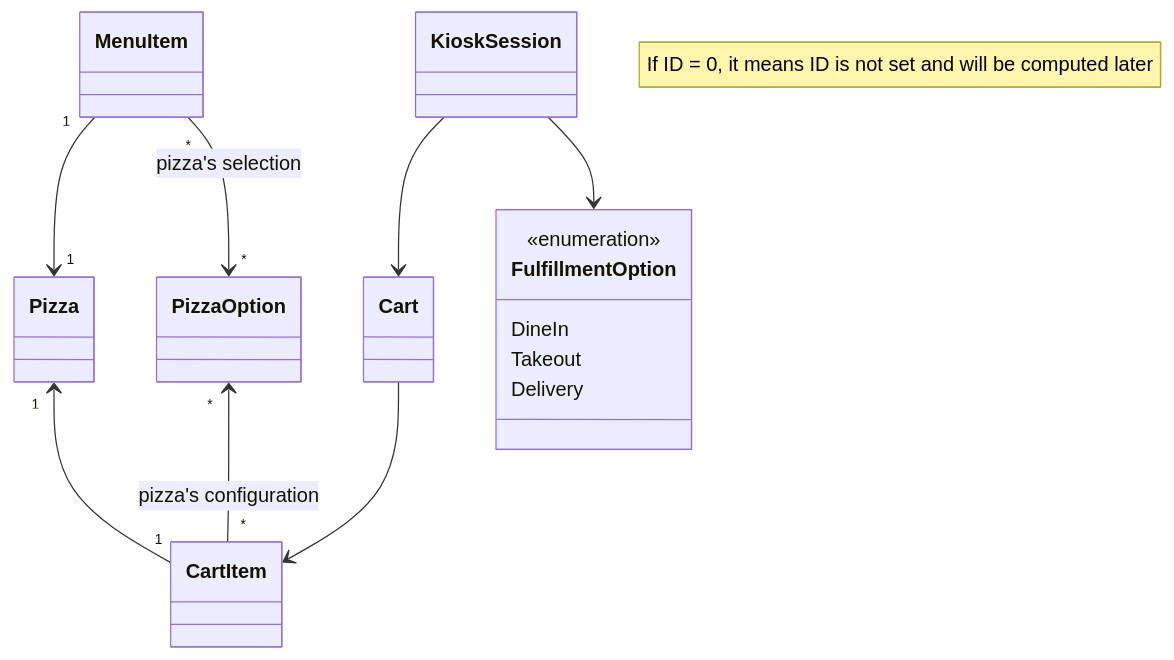
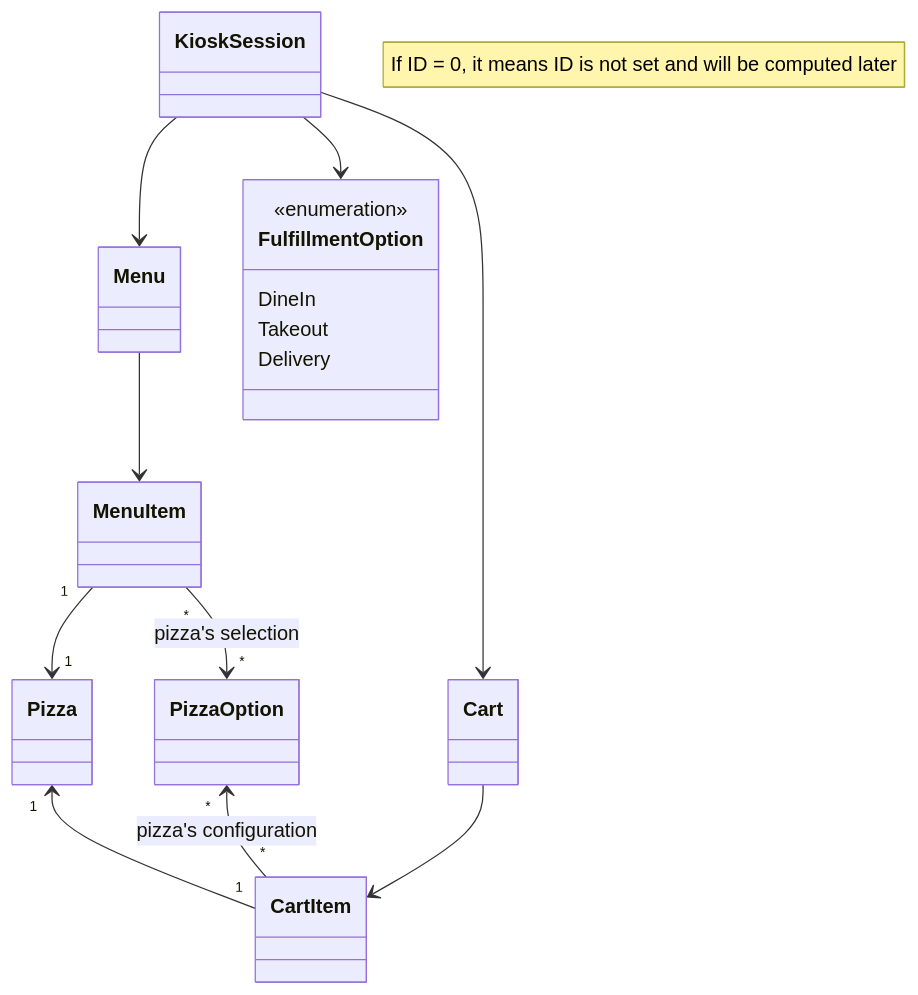
One commit to ekral/Utb.PizzaKiosk changed the diagram in README.md. Above: the diagram before and after it, drawn with Mermaid.

````diff
--- a/README.md
+++ b/README.md
@@ -162,25 +162,27 @@
 ```mermaid
  classDiagram
    note "If ID = 0, it means ID is not set and will be computed later"
    %% direction LR
    class PizzaOption
    class Pizza
    class MenuItem
+   class Menu
    class CartItem
    class Cart
    class FulfillmentOption{
       <<enumeration>>
       DineIn
       Takeout
       Delivery
    }
    class KioskSession
    MenuItem "1" --> "1"  Pizza
    Pizza "1" <-- "1"  CartItem
    MenuItem "*" --> "*"  PizzaOption : pizza's selection
    PizzaOption "*" <-- "*" CartItem : pizza's configuration
+   Menu --> MenuItem
    Cart --> CartItem
    KioskSession --> Cart
    KioskSession --> FulfillmentOption
-   
+   KioskSession --> Menu
 ```
````
